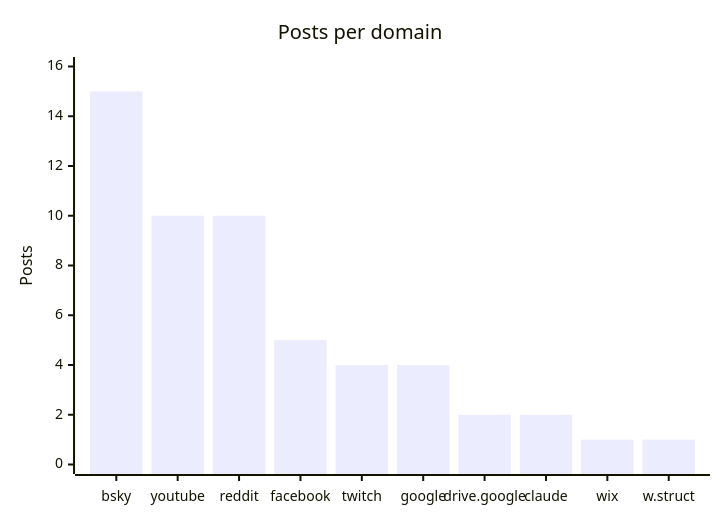
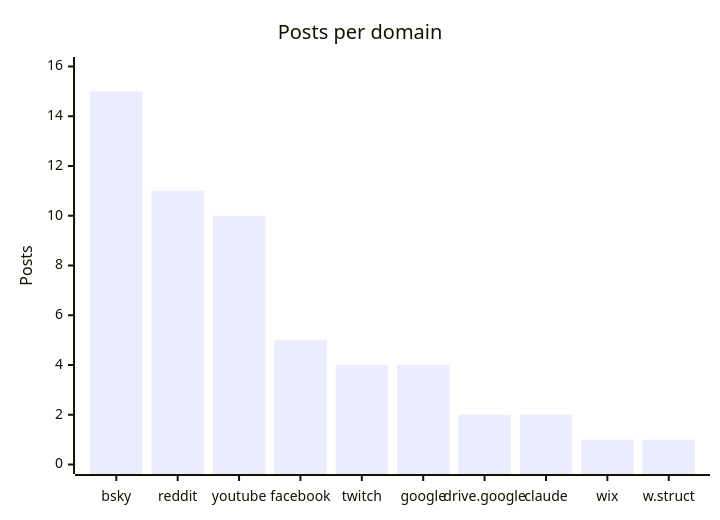
Before and after one commit to martinbalfanz/social-scanner-reports: the fourth of 4 diagrams in README.md, drawn with Mermaid. The commit also changed other lines of this file and 2 other files, not shown here.

````diff
--- a/README.md
+++ b/README.md
@@ -58,7 +58,7 @@
 ```mermaid
 xychart-beta
     title "Posts per domain"
-    x-axis ["bsky", "youtube", "reddit", "facebook", "twitch", "google", "drive.google", "claude", "wix", "w.struct"]
+    x-axis ["bsky", "reddit", "youtube", "facebook", "twitch", "google", "drive.google", "claude", "wix", "w.struct"]
     y-axis "Posts" 0 --> 16
-    bar [15, 10, 10, 5, 4, 4, 2, 2, 1, 1]
+    bar [15, 11, 10, 5, 4, 4, 2, 2, 1, 1]
 ```
````
